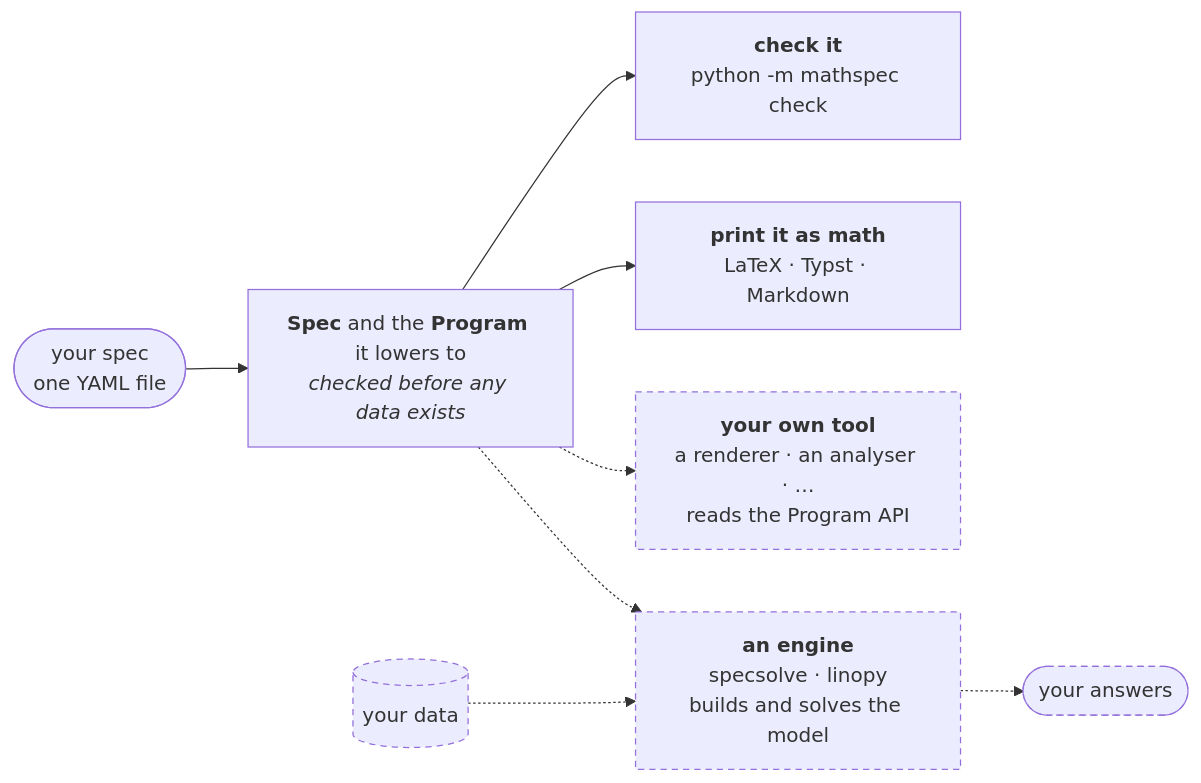
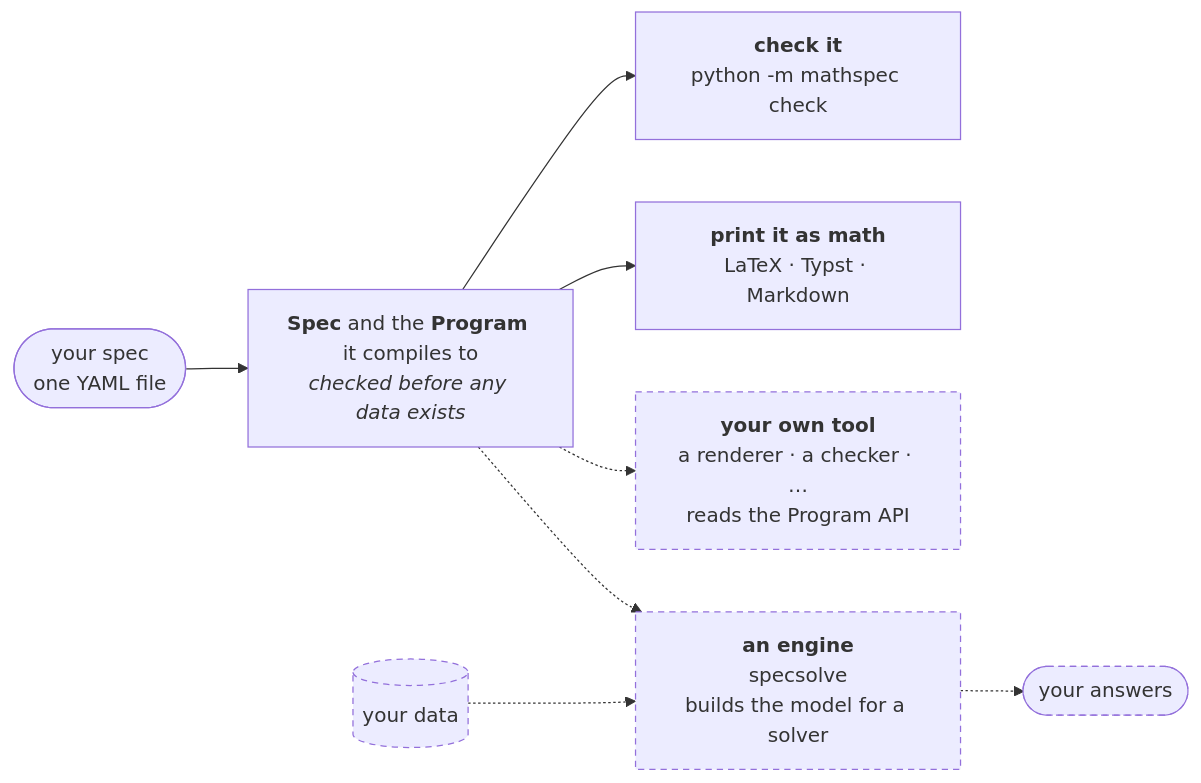
The diagram in README.md (energy-models/mathspec), drawn with Mermaid before and after one commit. The commit also changed other lines of this file and 147 other files, not shown here.

````diff
--- a/README.md
+++ b/README.md
@@ -189,14 +208,14 @@
 ```mermaid
 flowchart LR
     accTitle: What mathspec does, and what other tools do with a spec
-    accDescr: A YAML file loads into a Spec and the Program it lowers to. mathspec checks the spec and prints it as math, with no data. Outside mathspec, drawn dashed, an engine such as specsolve or linopy reads the same spec, takes your data and returns your answers, and any other tool, such as a renderer or an analyser, reads the same spec through the Program API.
-    Y(["your spec<br/>one YAML file"]) --> SPEC["<b>Spec</b> and the <b>Program</b> it lowers to<br/><i>checked before any data exists</i>"]
+    accDescr: A YAML file loads into a Spec and the Program it compiles to. mathspec checks the spec and prints it as math, with no data. Outside mathspec, drawn dashed, an engine such as specsolve reads the same spec, takes your data and returns your answers, and any other tool, such as a renderer or a checker, reads the same spec through the Program API.
+    Y(["your spec<br/>one YAML file"]) --> SPEC["<b>Spec</b> and the <b>Program</b> it compiles to<br/><i>checked before any data exists</i>"]
     SPEC --> CHECK["<b>check it</b><br/>python -m mathspec check"]
     SPEC --> SHOW["<b>print it as math</b><br/>LaTeX · Typst · Markdown"]
-    SPEC -.-> OTHER["<b>your own tool</b><br/>a renderer · an analyser · …<br/>reads the Program API"]
-    SPEC -.-> ENGINE["<b>an engine</b><br/>specsolve · linopy<br/>builds and solves the model"]
+    SPEC -.-> OTHER["<b>your own tool</b><br/>a renderer · a checker · …<br/>reads the Program API"]
+    SPEC -.-> ENGINE["<b>an engine</b><br/>specsolve<br/>builds the model for a solver"]
     DATA[("your data")] -.-> ENGINE
     ENGINE -.-> ANS(["your answers"])
     classDef outside stroke-dasharray:5 4
     class ENGINE,DATA,ANS,OTHER outside
 ```
````
